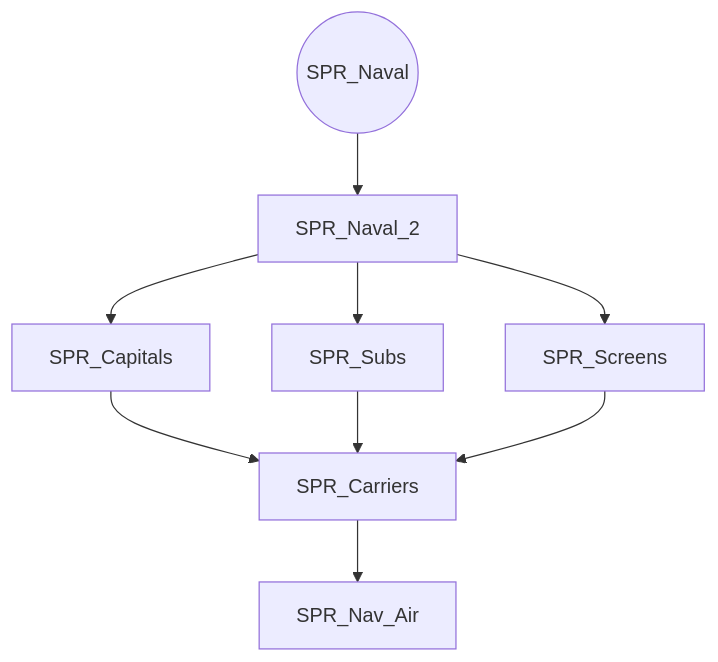
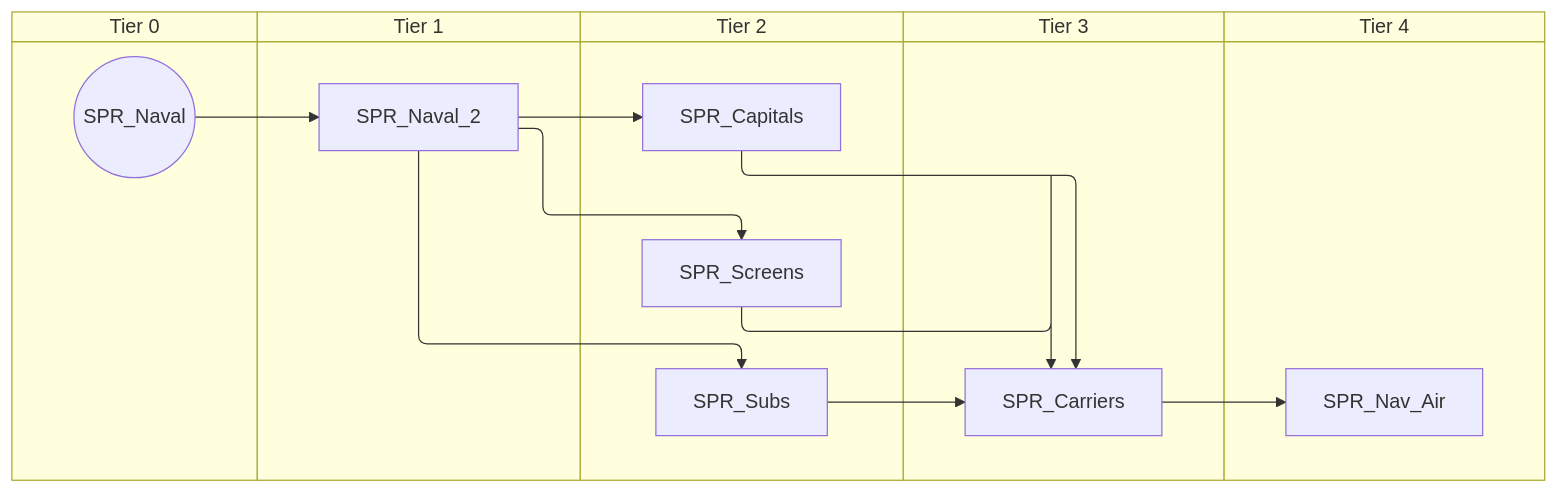
The third of 6 diagrams in docs/gdd/National Focuses/r56_spain.md (evgeny-sobol/hoi4-sandbox-mode-r56), drawn with Mermaid before and after one commit. The commit also changed other lines of this file and 423 other files, not shown here.

First line of the commit message:
Re-export Rt56 focus trees as swimlane diagrams

````diff
--- a/docs/gdd/National Focuses/r56_spain.md
+++ b/docs/gdd/National Focuses/r56_spain.md
@@ -60,18 +82,28 @@
 ```mermaid
-flowchart TD
-    n22["SPR_Capitals"]
-    n23["SPR_Carriers"]
-    n24["SPR_Nav_Air"]
-    n25(("SPR_Naval"))
-    n26["SPR_Naval_2"]
-    n27["SPR_Screens"]
-    n28["SPR_Subs"]
-    n26 --> n22
+swimlane-beta TD
+    subgraph tier_0["Tier 0"]
+        n22(("SPR_Naval"))
+    end
+    subgraph tier_1["Tier 1"]
+        n23["SPR_Naval_2"]
+    end
+    subgraph tier_2["Tier 2"]
+        n24["SPR_Capitals"]
+        n25["SPR_Screens"]
+        n26["SPR_Subs"]
+    end
+    subgraph tier_3["Tier 3"]
+        n27["SPR_Carriers"]
+    end
+    subgraph tier_4["Tier 4"]
+        n28["SPR_Nav_Air"]
+    end
+    n23 --> n24
+    n24 --> n27
+    n26 --> n27
+    n25 --> n27
+    n27 --> n28
     n22 --> n23
-    n28 --> n23
-    n27 --> n23
-    n23 --> n24
-    n25 --> n26
-    n26 --> n27
-    n26 --> n28
+    n23 --> n25
+    n23 --> n26
 ```
````
